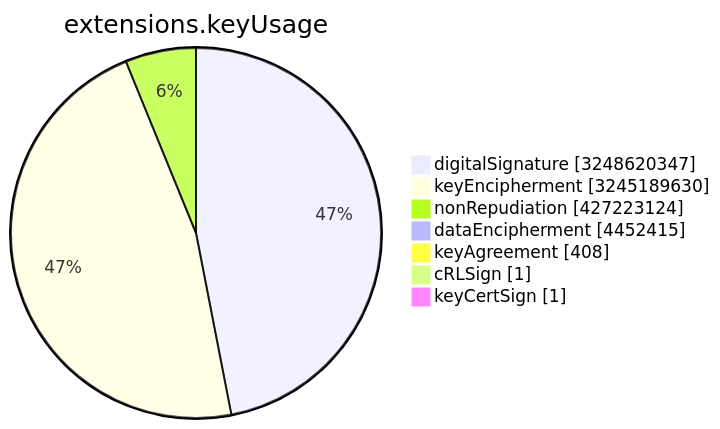
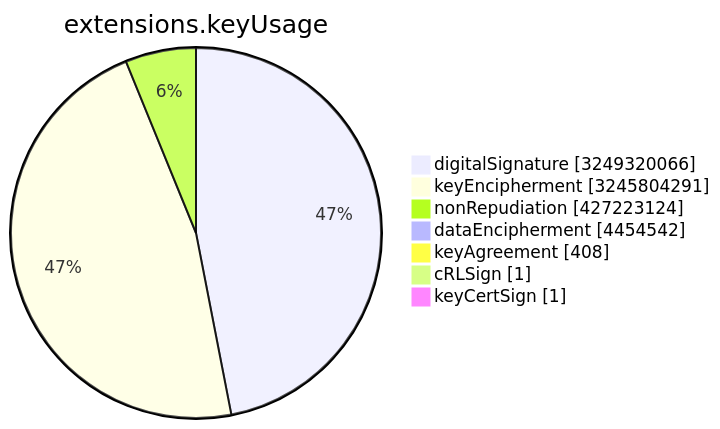
The sixth of 15 diagrams in TOTAL/README.md (christiankrug/ctmonitor_visualization), drawn with Mermaid before and after one commit. The commit also changed other lines of this file, not shown here.

````diff
--- a/TOTAL/README.md
+++ b/TOTAL/README.md
@@ -3078,11 +3078,11 @@
 ```mermaid
 pie showData
 title extensions.keyUsage
-"digitalSignature" :3248620347
-"keyEncipherment" :3245189630
+"digitalSignature" :3249320066
+"keyEncipherment" :3245804291
 "nonRepudiation" :427223124
-"dataEncipherment" :4452415
+"dataEncipherment" :4454542
 "keyAgreement" :408
 "cRLSign" :1
 "keyCertSign" :1
 ```
````
